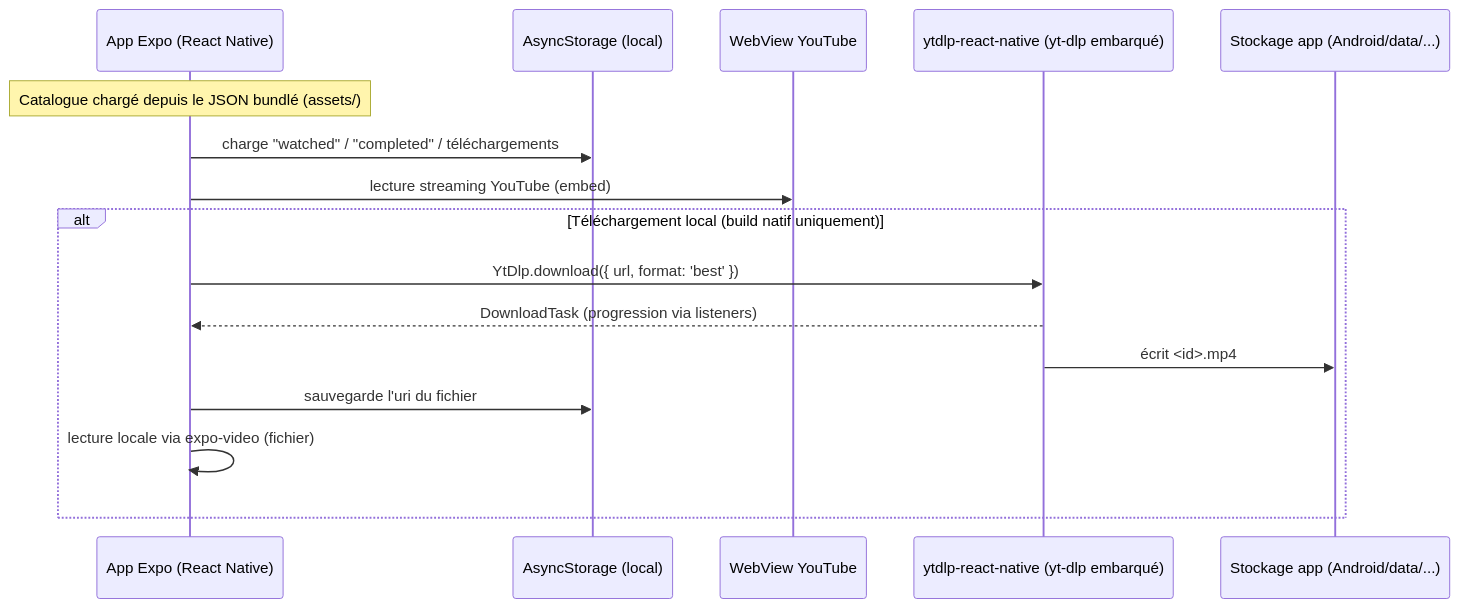
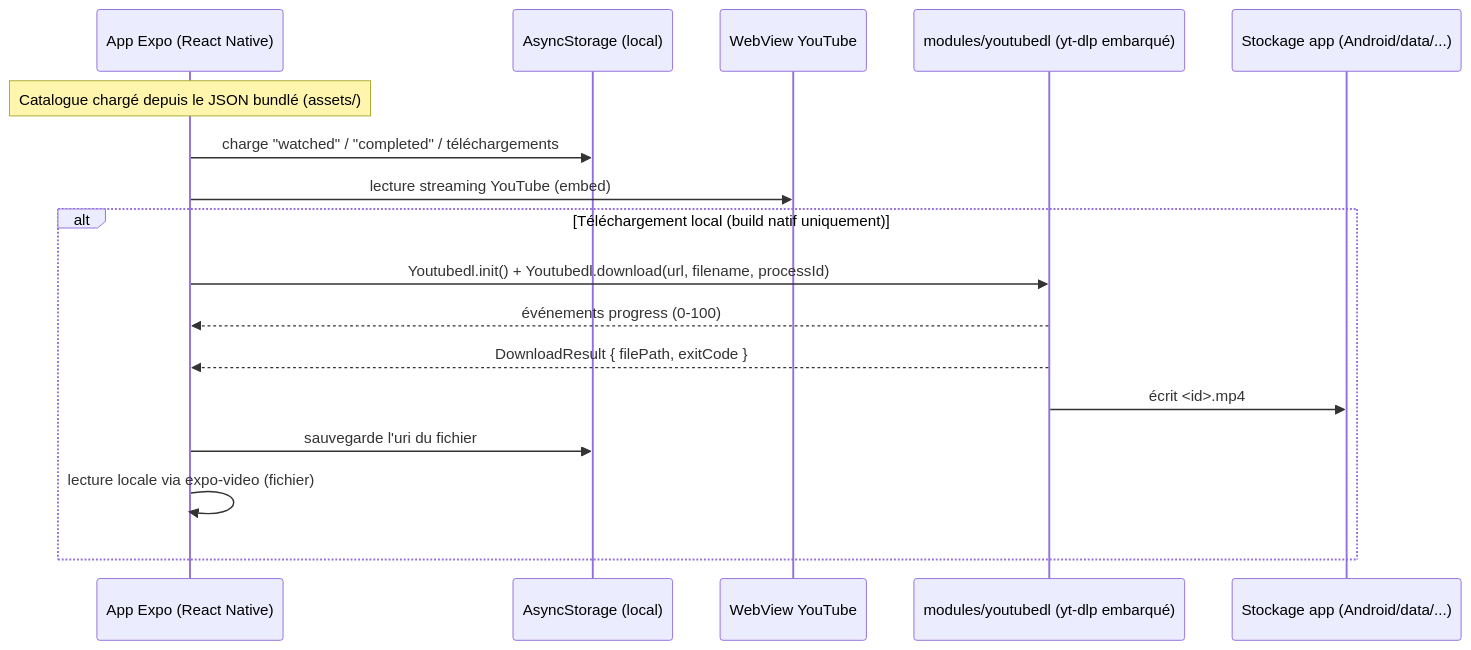
One commit to arnaudsomville/Arset_program changed the fifth of 5 diagrams in docs/02-sequence-diagrams.md. Above: the diagram before and after it, drawn with Mermaid. The commit also changed 29 other files, not shown here.

````diff
--- a/docs/02-sequence-diagrams.md
+++ b/docs/02-sequence-diagrams.md
@@ -98,20 +98,21 @@
 ```mermaid
 sequenceDiagram
     participant M as App Expo (React Native)
     participant A as AsyncStorage (local)
     participant W as WebView YouTube
-    participant Y as ytdlp-react-native (yt-dlp embarqué)
+    participant Y as modules/youtubedl (yt-dlp embarqué)
     participant F as Stockage app (Android/data/...)
 
     Note over M: Catalogue chargé depuis le JSON bundlé (assets/)
     M->>A: charge "watched" / "completed" / téléchargements
     M->>W: lecture streaming YouTube (embed)
 
     alt Téléchargement local (build natif uniquement)
-        M->>Y: YtDlp.download({ url, format: 'best' })
-        Y-->>M: DownloadTask (progression via listeners)
+        M->>Y: Youtubedl.init() + Youtubedl.download(url, filename, processId)
+        Y-->>M: événements progress (0-100)
+        Y-->>M: DownloadResult { filePath, exitCode }
         Y->>F: écrit <id>.mp4
         M->>A: sauvegarde l'uri du fichier
         M->>M: lecture locale via expo-video (fichier)
     end
 ```
````
